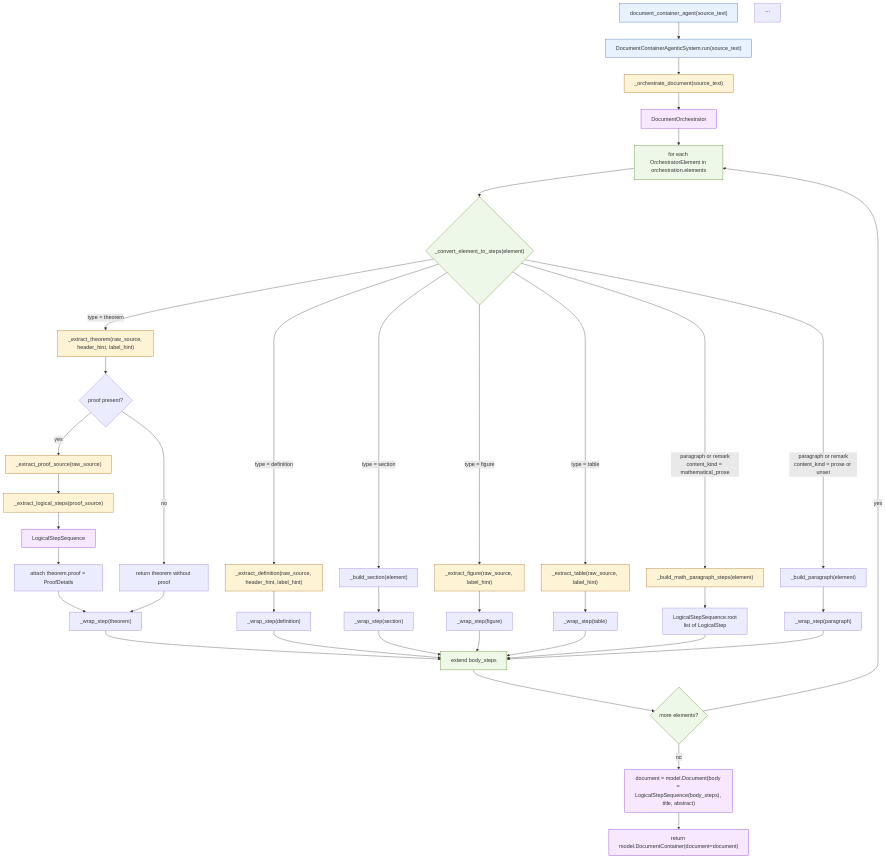
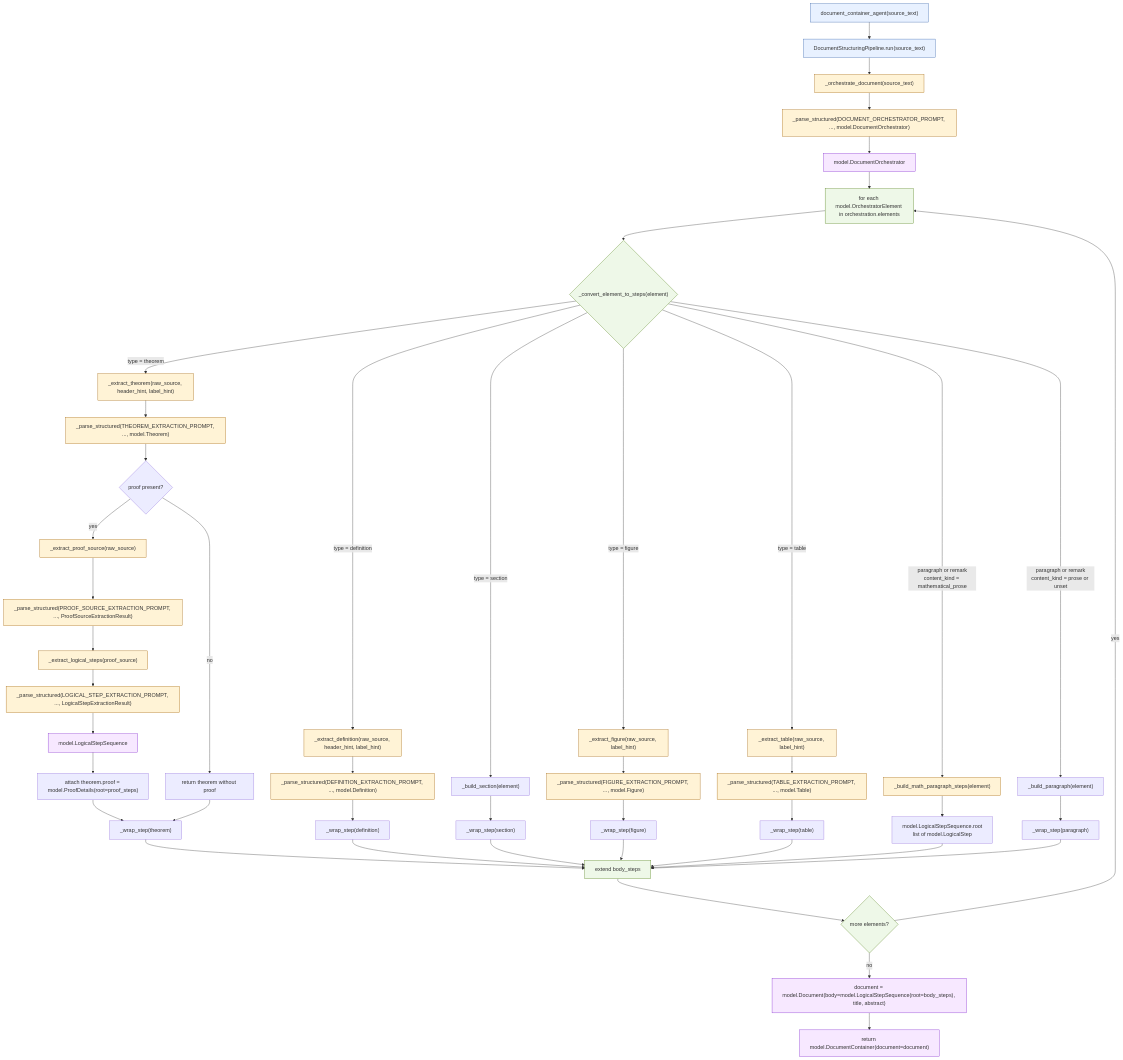
One commit to Mal-Pat/LeanAide changed the diagram in json_agent/document_container_agentic_loop.mmd. Above: the diagram before and after it, drawn with Mermaid. The commit also changed 8 other files, not shown here.

````diff
--- a/json_agent/document_container_agentic_loop.mmd
+++ b/json_agent/document_container_agentic_loop.mmd
@@ -1,55 +1,61 @@
 flowchart TD
-    A["document_container_agent(source_text)"] --> B["DocumentContainerAgenticSystem.run(source_text)"]
+    A["document_container_agent(source_text)"] --> B["DocumentStructuringPipeline.run(source_text)"]
     B --> C["_orchestrate_document(source_text)"]
-    C --> D["DocumentOrchestrator"]
-    D --> E["for each OrchestratorElement in orchestration.elements"]
+    C --> C1["_parse_structured(DOCUMENT_ORCHESTRATOR_PROMPT, ..., model.DocumentOrchestrator)"]
+    C1 --> D["model.DocumentOrchestrator"]
+    D --> E["for each model.OrchestratorElement in orchestration.elements"]
 
     E --> F{"_convert_element_to_steps(element)"}
 
     F -->|type = theorem| G["_extract_theorem(raw_source, header_hint, label_hint)"]
     F -->|type = definition| H["_extract_definition(raw_source, header_hint, label_hint)"]
     F -->|type = section| I["_build_section(element)"]
     F -->|type = figure| J["_extract_figure(raw_source, label_hint)"]
     F -->|type = table| K["_extract_table(raw_source, label_hint)"]
     F -->|"paragraph or remark<br/>content_kind = mathematical_prose"| L["_build_math_paragraph_steps(element)"]
     F -->|"paragraph or remark<br/>content_kind = prose or unset"| M["_build_paragraph(element)"]
 
-    G --> N{"proof present?"}
+    G --> G1["_parse_structured(THEOREM_EXTRACTION_PROMPT, ..., model.Theorem)"]
+    G1 --> N{"proof present?"}
     N -->|yes| O["_extract_proof_source(raw_source)"]
-    O --> P["_extract_logical_steps(proof_source)"]
-    P --> Q["LogicalStepSequence"]
-    Q --> R["attach theorem.proof = ProofDetails"]
+    O --> O1["_parse_structured(PROOF_SOURCE_EXTRACTION_PROMPT, ..., ProofSourceExtractionResult)"]
+    O1 --> P["_extract_logical_steps(proof_source)"]
+    P --> P1["_parse_structured(LOGICAL_STEP_EXTRACTION_PROMPT, ..., LogicalStepExtractionResult)"]
+    P1 --> Q["model.LogicalStepSequence"]
+    Q --> R["attach theorem.proof = model.ProofDetails(root=proof_steps)"]
     N -->|no| S["return theorem without proof"]
     R --> T["_wrap_step(theorem)"]
     S --> T
 
-    H --> U["_wrap_step(definition)"]
+    H --> H1["_parse_structured(DEFINITION_EXTRACTION_PROMPT, ..., model.Definition)"]
+    H1 --> U["_wrap_step(definition)"]
     I --> V["_wrap_step(section)"]
-    J --> W["_wrap_step(figure)"]
-    K --> X["_wrap_step(table)"]
-    L --> Y["LogicalStepSequence.root<br/>list of LogicalStep"]
+    J --> J1["_parse_structured(FIGURE_EXTRACTION_PROMPT, ..., model.Figure)"]
+    J1 --> W["_wrap_step(figure)"]
+    K --> K1["_parse_structured(TABLE_EXTRACTION_PROMPT, ..., model.Table)"]
+    K1 --> X["_wrap_step(table)"]
+    L --> Y["model.LogicalStepSequence.root<br/>list of model.LogicalStep"]
     M --> Z["_wrap_step(paragraph)"]
 
     T --> AA["extend body_steps"]
     U --> AA
     V --> AA
     W --> AA
     X --> AA
     Y --> AA
     Z --> AA
 
     AA --> AB{"more elements?"}
     AB -->|yes| E
-    AB -->|no| AC["document = model.Document(body = LogicalStepSequence(body_steps), title, abstract)"]
+    AB -->|no| AC["document = model.Document(body=model.LogicalStepSequence(root=body_steps), title, abstract)"]
     AC --> AD["return model.DocumentContainer(document=document)"]
 
     classDef entry fill:#e8f1ff,stroke:#2f5ea8,stroke-width:1px;
     classDef loop fill:#eef8e8,stroke:#4d7c0f,stroke-width:1px;
     classDef llm fill:#fff3d6,stroke:#a16207,stroke-width:1px;
     classDef output fill:#f7e8ff,stroke:#7e22ce,stroke-width:1px;
 
     class A,B entry;
     class E,F,AA,AB loop;
-    class C,G,H,J,K,L,O,P llm;
+    class C,C1,G,G1,H,H1,J,J1,K,K1,L,O,O1,P,P1 llm;
     class D,Q,AC,AD output;
-```
````
